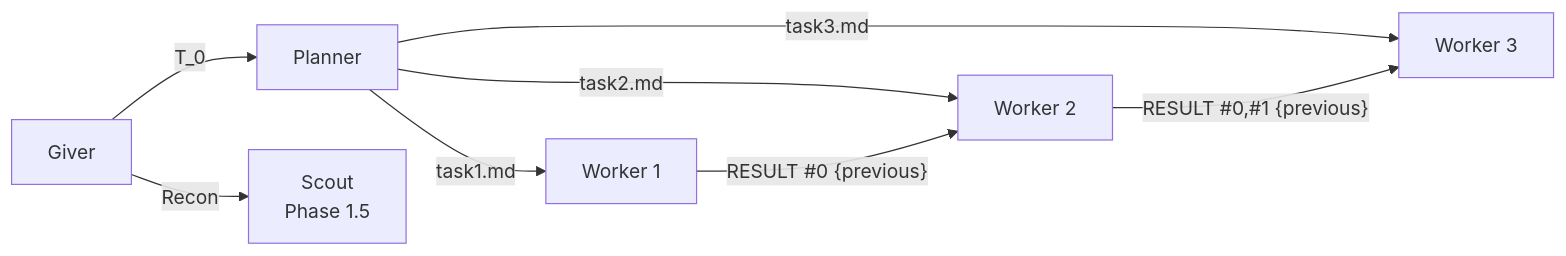
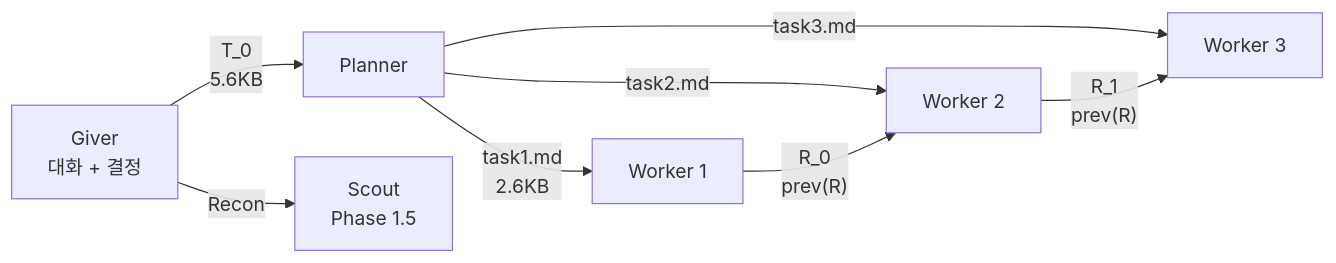
One commit to sng2c/giver-architecture changed the third of 3 diagrams in README.md. Above: the diagram before and after it, drawn with Mermaid. The commit also changed other lines of this file and 12 other files, not shown here.

````diff
--- a/README.md
+++ b/README.md
@@ -92,10 +94,10 @@
 ```mermaid
 graph LR
-    G[Giver] -->|T_0| P[Planner]
+    G[Giver<br/>대화 + 결정] -->|"T_0<br/>5.6KB"| P[Planner]
     G -->|Recon| S[Scout<br/>Phase 1.5]
-    P -->|task1.md| W1[Worker 1]
-    P -->|task2.md| W2[Worker 2]
-    P -->|task3.md| W3[Worker 3]
-    W1 -->|"RESULT #0 {previous}"| W2
-    W2 -->|"RESULT #0,#1 {previous}"| W3
+    P -->|"task1.md<br/>2.6KB"| W1[Worker 1]
+    P -->|"task2.md"| W2[Worker 2]
+    P -->|"task3.md"| W3[Worker 3]
+    W1 -->|"R_0<br/>prev(R)"| W2
+    W2 -->|"R_1<br/>prev(R)"| W3
 ```
````
